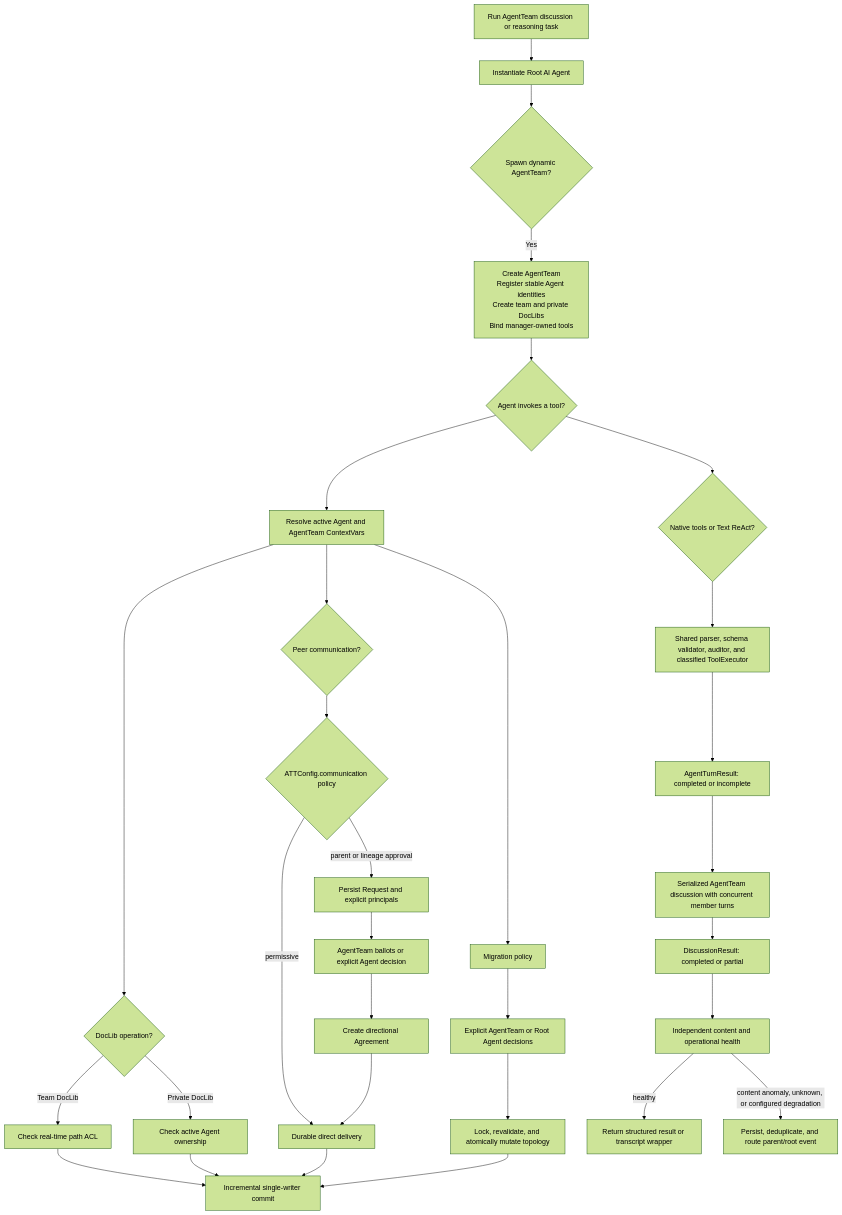
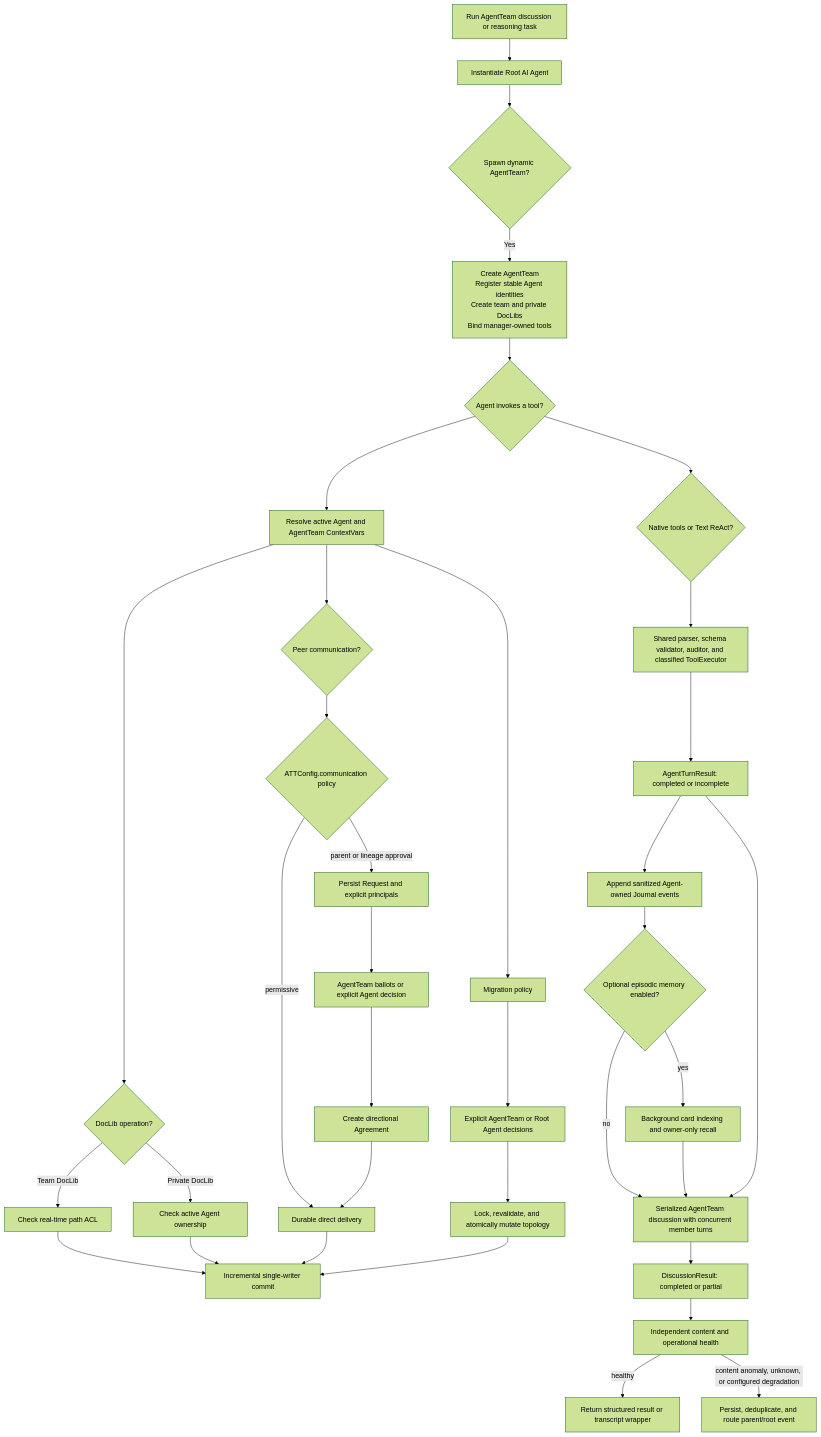
Before and after one commit to AI-Team-Team/AI-Team-Team: the diagram in docs/flowcharts/README.md, drawn with Mermaid (forest theme). The commit also changed other lines of this file and 77 other files, not shown here.

First line of the commit message:
feat(memory): add optional selective episodic memory

````diff
--- a/docs/flowcharts/README.md
+++ b/docs/flowcharts/README.md
@@ -19,33 +20,38 @@
 ```mermaid
 flowchart TD
     Task["Run AgentTeam discussion or reasoning task"] --> Root["Instantiate Root AI Agent"]
     Root --> Spawn{"Spawn dynamic AgentTeam?"}
     Spawn -- "Yes" --> Identity["Create AgentTeam<br/>Register stable Agent identities<br/>Create team and private DocLibs<br/>Bind manager-owned tools"]
     Identity --> ToolCall{"Agent invokes a tool?"}
     ToolCall --> Context["Resolve active Agent and AgentTeam ContextVars"]
     Context --> Files{"DocLib operation?"}
     Files -- "Team DocLib" --> ACL["Check real-time path ACL"]
     Files -- "Private DocLib" --> Owner["Check active Agent ownership"]
     ACL --> Persist["Incremental single-writer commit"]
     Owner --> Persist
     Context --> Peer{"Peer communication?"}
     Peer --> CommPolicy{"ATTConfig.communication policy"}
     CommPolicy -- "permissive" --> Delivery["Durable direct delivery"]
     CommPolicy -- "parent or lineage approval" --> Request["Persist Request and explicit principals"]
     Request --> Decision["AgentTeam ballots or explicit Agent decision"]
     Decision --> Agreement["Create directional Agreement"]
     Agreement --> Delivery
     Delivery --> Persist
     Context --> Migration["Migration policy"]
     Migration --> Governance["Explicit AgentTeam or Root Agent decisions"]
     Governance --> Topology["Lock, revalidate, and atomically mutate topology"]
     Topology --> Persist
     ToolCall --> Strategy{"Native tools or Text ReAct?"}
     Strategy --> Executor["Shared parser, schema validator, auditor, and classified ToolExecutor"]
     Executor --> Turn["AgentTurnResult: completed or incomplete"]
+    Turn --> Journal["Append sanitized Agent-owned Journal events"]
+    Journal --> MemoryGate{"Optional episodic memory enabled?"}
+    MemoryGate -- "yes" --> Catalog["Background card indexing and owner-only recall"]
+    MemoryGate -- "no" --> Discussion
+    Catalog --> Discussion
     Turn --> Discussion["Serialized AgentTeam discussion with concurrent member turns"]
     Discussion --> Detailed["DiscussionResult: completed or partial"]
     Detailed --> Audit["Independent content and operational health"]
     Audit -- "healthy" --> Done["Return structured result or transcript wrapper"]
     Audit -- "content anomaly, unknown, or configured degradation" --> Escalate["Persist, deduplicate, and route parent/root event"]
 ```
````
